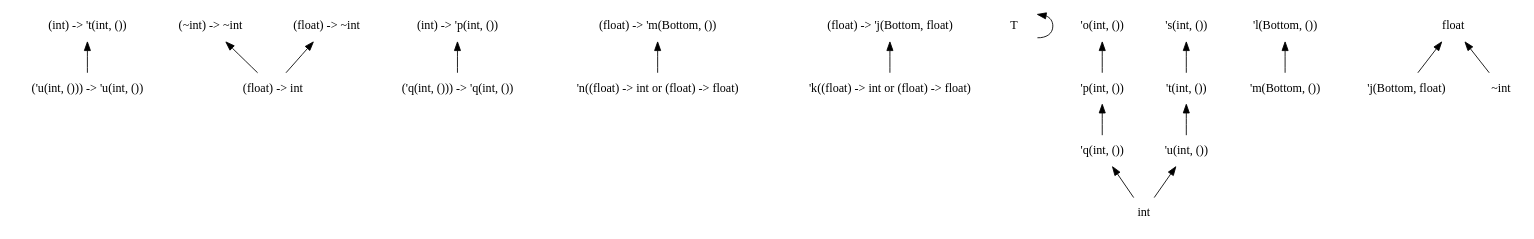
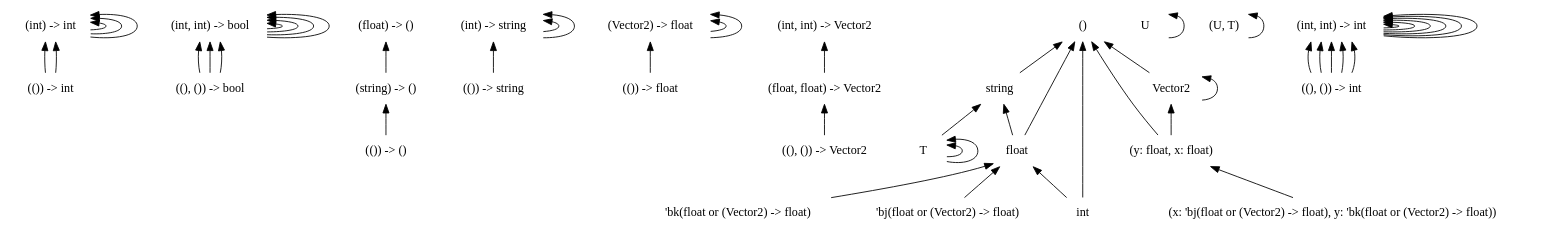
Before and after one commit to chocobo333/regino: the diagram in dots/3.dot, drawn with Graphviz. The commit also changed 37 other files, not shown here.

```diff
--- a/dots/3.dot
+++ b/dots/3.dot
@@ -1,51 +1,91 @@
 digraph order {
   graph [
     size = "30,10"
     ];
   node [
     shape = none
     ];
   edge [
     dir = back
     ];
-  "('u(int, ())) -> 'u(int, ())"
-  "(~int) -> ~int"
-  "(float) -> ~int"
-  "(int) -> 't(int, ())"
-  "(int) -> 'p(int, ())"
-  "(float) -> 'm(Bottom, ())"
-  "(float) -> 'j(Bottom, float)"
+  "(()) -> int"
+  "(int) -> int"
+  "((), ()) -> bool"
+  "(int, int) -> bool"
+  "(()) -> ()"
+  "(string) -> ()"
+  "(()) -> string"
+  "(int) -> string"
+  "(()) -> float"
+  "(Vector2) -> float"
+  "((), ()) -> Vector2"
+  "(float, float) -> Vector2"
+  "(float) -> ()"
+  "(int, int) -> Vector2"
+  "string"
+  "Vector2"
+  "(y: float, x: float)"
+  "(x: 'bj(float or (Vector2) -> float), y: 'bk(float or (Vector2) -> float))"
   "T"
-  "'k((float) -> int or (float) -> float)"
-  "'n((float) -> int or (float) -> float)"
-  "'t(int, ())"
-  "'u(int, ())"
-  "'p(int, ())"
-  "'q(int, ())"
-  "'m(Bottom, ())"
-  "'j(Bottom, float)"
-  "'s(int, ())"
-  "'o(int, ())"
-  "'l(Bottom, ())"
+  "U"
+  "T"
+  "T"
+  "()"
+  "(U, T)"
+  "'bk(float or (Vector2) -> float)"
   "float"
+  "'bj(float or (Vector2) -> float)"
   "int"
-  "~int"
-  "('q(int, ())) -> 'q(int, ())"
-  "(float) -> int"
-  "(float) -> 'm(Bottom, ())" -> "'n((float) -> int or (float) -> float)"
-  "(float) -> 'j(Bottom, float)" -> "'k((float) -> int or (float) -> float)"
-  "(~int) -> ~int" -> "(float) -> int"
-  "(float) -> ~int" -> "(float) -> int"
+  "((), ()) -> int"
+  "(int, int) -> int"
+  "(float, float) -> Vector2" -> "((), ()) -> Vector2"
+  "(int, int) -> Vector2" -> "(float, float) -> Vector2"
+  "(int, int) -> int" -> "((), ()) -> int"
+  "(int, int) -> int" -> "((), ()) -> int"
+  "(int, int) -> int" -> "((), ()) -> int"
+  "(int, int) -> int" -> "(int, int) -> int"
+  "(int, int) -> int" -> "((), ()) -> int"
+  "(int, int) -> int" -> "((), ()) -> int"
+  "(int, int) -> int" -> "(int, int) -> int"
+  "(int) -> int" -> "(int) -> int"
+  "(int) -> int" -> "(()) -> int"
+  "(int) -> int" -> "(()) -> int"
+  "(int) -> int" -> "(int) -> int"
+  "(int, int) -> int" -> "(int, int) -> int"
+  "(int) -> int" -> "(int) -> int"
+  "(int, int) -> int" -> "(int, int) -> int"
+  "(int, int) -> bool" -> "((), ()) -> bool"
+  "(int, int) -> bool" -> "(int, int) -> bool"
+  "(int, int) -> bool" -> "((), ()) -> bool"
+  "(int, int) -> bool" -> "((), ()) -> bool"
+  "(int, int) -> bool" -> "(int, int) -> bool"
+  "(int, int) -> bool" -> "(int, int) -> bool"
+  "(int) -> string" -> "(()) -> string"
+  "(int) -> string" -> "(int) -> string"
+  "(int) -> string" -> "(int) -> string"
+  "(string) -> ()" -> "(()) -> ()"
+  "string" -> "T"
+  "string" -> "float"
+  "Vector2" -> "Vector2"
+  "Vector2" -> "(y: float, x: float)"
+  "(float) -> ()" -> "(string) -> ()"
+  "(int, int) -> bool" -> "(int, int) -> bool"
+  "(int, int) -> int" -> "(int, int) -> int"
+  "(int, int) -> int" -> "(int, int) -> int"
+  "(y: float, x: float)" -> "(x: 'bj(float or (Vector2) -> float), y: 'bk(float or (Vector2) -> float))"
   "T" -> "T"
-  "float" -> "'j(Bottom, float)"
-  "float" -> "~int"
-  "'s(int, ())" -> "'t(int, ())"
-  "'u(int, ())" -> "int"
-  "'t(int, ())" -> "'u(int, ())"
-  "'o(int, ())" -> "'p(int, ())"
-  "'q(int, ())" -> "int"
-  "'p(int, ())" -> "'q(int, ())"
-  "'l(Bottom, ())" -> "'m(Bottom, ())"
-  "(int) -> 't(int, ())" -> "('u(int, ())) -> 'u(int, ())"
-  "(int) -> 'p(int, ())" -> "('q(int, ())) -> 'q(int, ())"
+  "U" -> "U"
+  "T" -> "T"
+  "()" -> "string"
+  "()" -> "Vector2"
+  "()" -> "(y: float, x: float)"
+  "()" -> "float"
+  "()" -> "int"
+  "(U, T)" -> "(U, T)"
+  "float" -> "'bk(float or (Vector2) -> float)"
+  "float" -> "'bj(float or (Vector2) -> float)"
+  "float" -> "int"
+  "(Vector2) -> float" -> "(()) -> float"
+  "(Vector2) -> float" -> "(Vector2) -> float"
+  "(Vector2) -> float" -> "(Vector2) -> float"
 }
```
